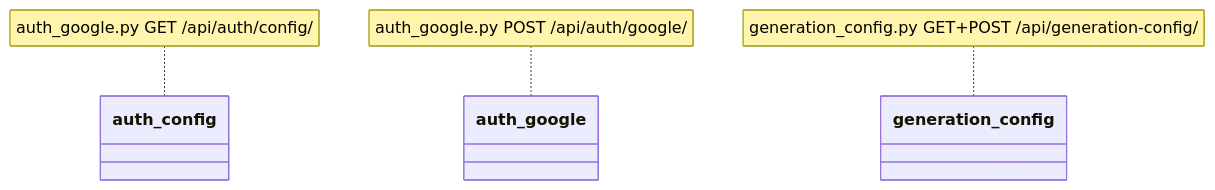
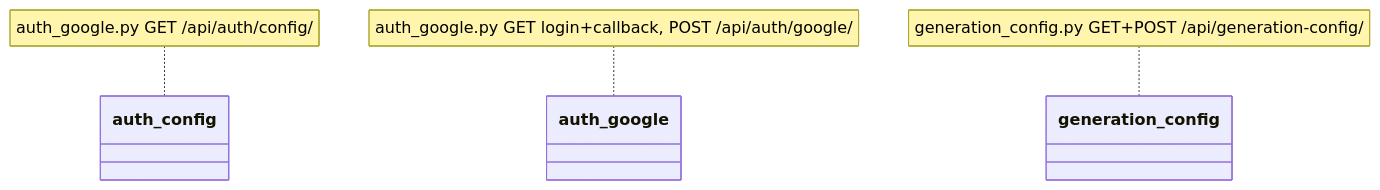
One commit to OverCatX/melodai changed the second of 3 diagrams in docs/classdiagram.md. Above: the diagram before and after it, drawn with Mermaid. The commit also changed 16 other files, not shown here.

Commit message:
feat:  Google OAuth integration with login and callback endpoints

````diff
--- a/docs/classdiagram.md
+++ b/docs/classdiagram.md
@@ -49,10 +49,10 @@
 ```mermaid
 classDiagram
   direction TB
   class auth_config
   class auth_google
   class generation_config
   note for auth_config "auth_google.py GET /api/auth/config/"
-  note for auth_google "auth_google.py POST /api/auth/google/"
+  note for auth_google "auth_google.py GET login+callback, POST /api/auth/google/"
   note for generation_config "generation_config.py GET+POST /api/generation-config/"
 ```
````
